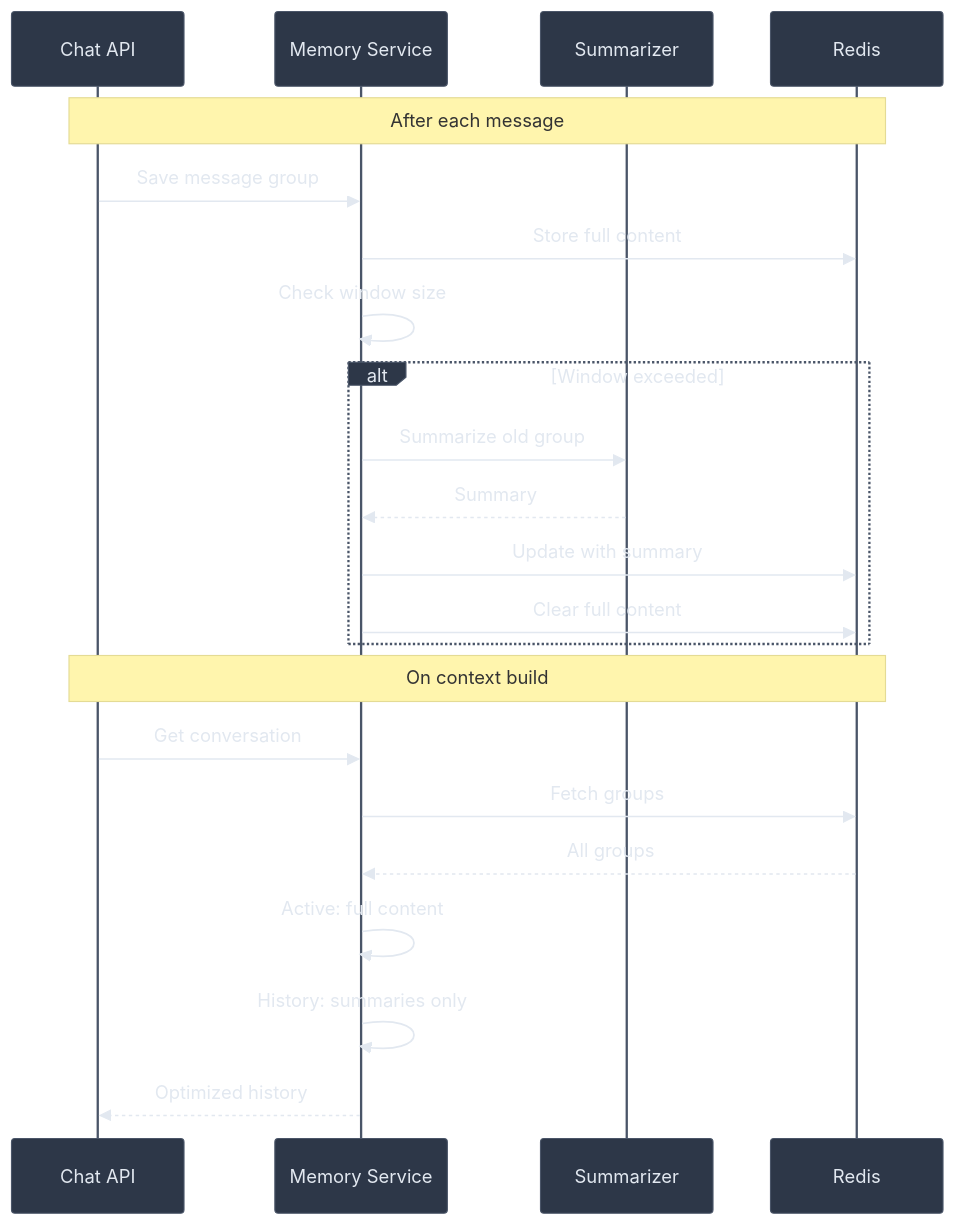
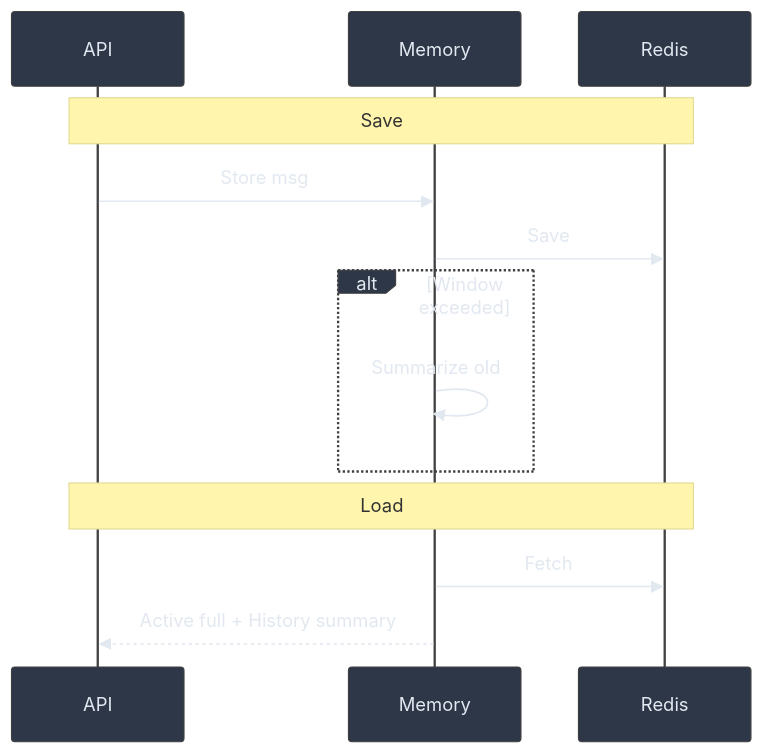
One commit to manumishra-zm/execution_plan changed diagram 13 of 17 in chat_context/chat_context.md. Above: the diagram before and after it, drawn with Mermaid. The commit also changed other lines of this file, not shown here.

````diff
--- a/chat_context/chat_context.md
+++ b/chat_context/chat_context.md
@@ -733,30 +476,16 @@
 ```mermaid
-%%{init: {'theme': 'base', 'themeVariables': { 'primaryColor': '#4a5568', 'primaryTextColor': '#e2e8f0', 'lineColor': '#a0aec0', 'actorTextColor': '#e2e8f0', 'actorBkg': '#2d3748', 'actorBorder': '#4a5568'}}}%%
+%%{init: {'theme': 'base', 'themeVariables': { 'primaryColor': '#4a5568', 'primaryTextColor': '#e2e8f0', 'lineColor': '#a0aec0', 'actorBkg': '#2d3748'}}}%%
 sequenceDiagram
-    participant API as Chat API
-    participant MEM as Memory Service
-    participant SUM as Summarizer
+    participant API as API
+    participant MEM as Memory
     participant DB as Redis
-
-    Note over API,DB: After each message
-    API->>MEM: Save message group
-    MEM->>DB: Store full content
-
-    MEM->>MEM: Check window size
-
+    Note over API,DB: Save
+    API->>MEM: Store msg
+    MEM->>DB: Save
     alt Window exceeded
-        MEM->>SUM: Summarize old group
-        SUM-->>MEM: Summary
-        MEM->>DB: Update with summary
-        MEM->>DB: Clear full content
+        MEM->>MEM: Summarize old
     end
-
-    Note over API,DB: On context build
-    API->>MEM: Get conversation
-    MEM->>DB: Fetch groups
-    DB-->>MEM: All groups
-
-    MEM->>MEM: Active: full content
-    MEM->>MEM: History: summaries only
-    MEM-->>API: Optimized history
+    Note over API,DB: Load
+    MEM->>DB: Fetch
+    MEM-->>API: Active full + History summary
 ```
````
